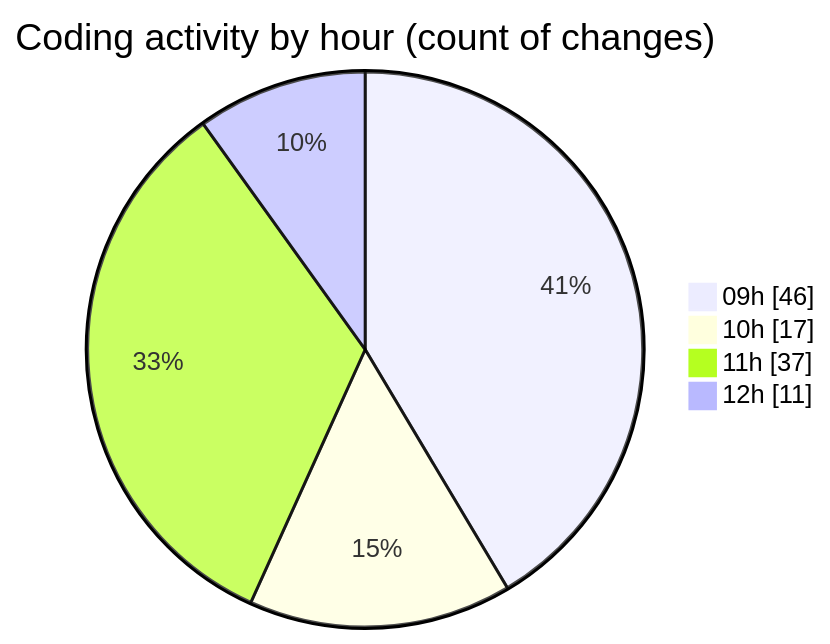
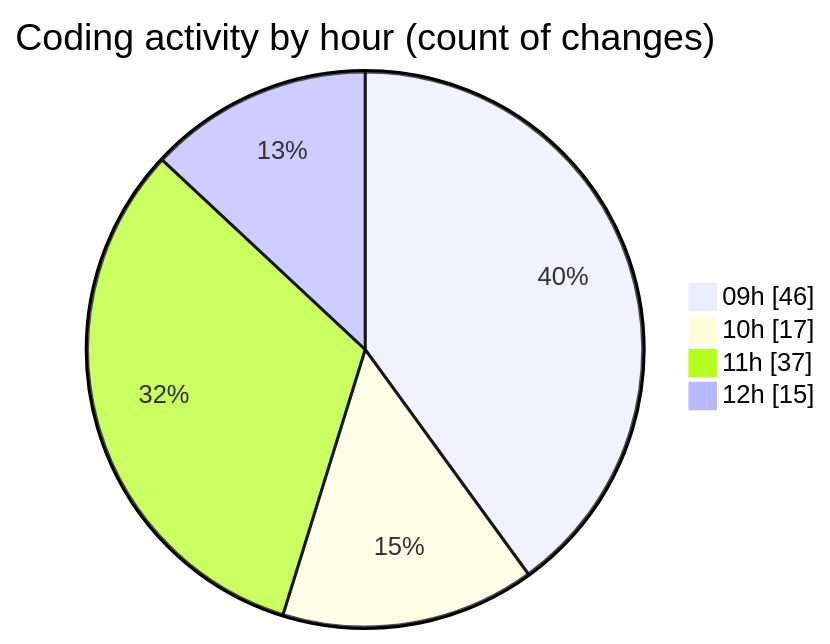
Before and after one commit to momahboobian/code-tracking: the second of 2 diagrams in 2025-03-25/cda/README.md, drawn with Mermaid. The commit also changed other lines of this file and 1 other file, not shown here.

````diff
--- a/2025-03-25/cda/README.md
+++ b/2025-03-25/cda/README.md
@@ -50,8 +50,8 @@
 ```mermaid
 pie showData
 title Coding activity by hour (count of changes)
 "09h" : 46
 "10h" : 17
 "11h" : 37
-"12h" : 11
+"12h" : 15
 ```
````
